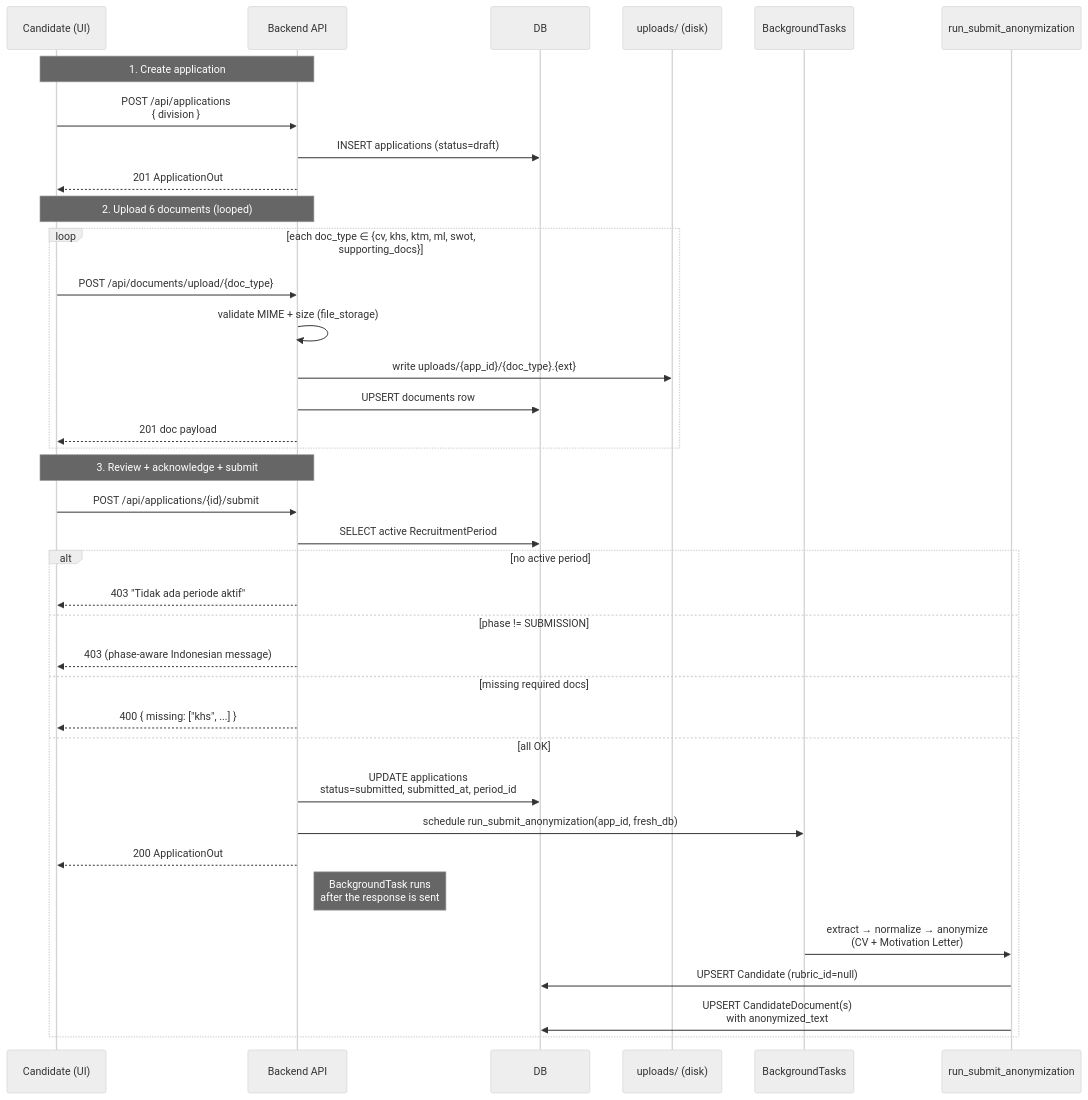
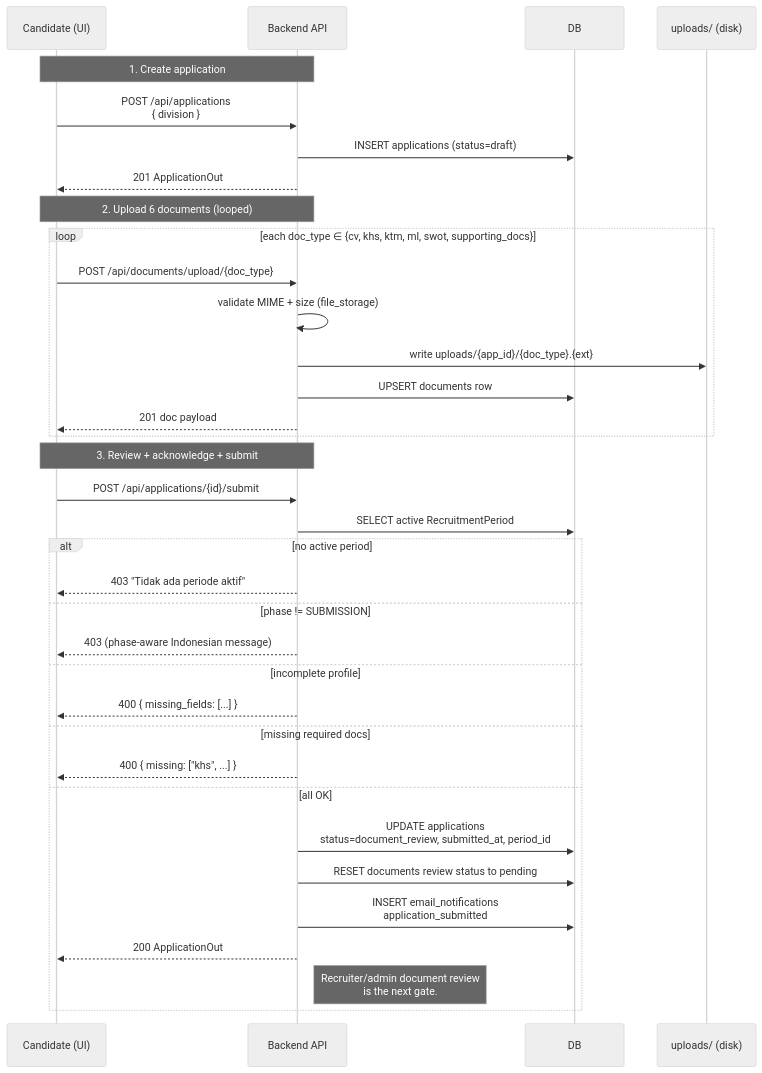
One commit to istgrudd/screenai-lab changed the sixth of 12 diagrams in docs/FLOW_DIAGRAMS.md. Above: the diagram before and after it, drawn with Mermaid (neutral theme). The commit also changed other lines of this file and 11 other files, not shown here.

````diff
--- a/docs/FLOW_DIAGRAMS.md
+++ b/docs/FLOW_DIAGRAMS.md
@@ -239,42 +239,40 @@
 ```mermaid
 sequenceDiagram
     participant C as Candidate (UI)
     participant API as Backend API
     participant DB as DB
     participant FS as uploads/ (disk)
-    participant BG as BackgroundTasks
-    participant NER as run_submit_anonymization
 
     Note over C,API: 1. Create application
     C->>API: POST /api/applications<br/>{ division }
     API->>DB: INSERT applications (status=draft)
     API-->>C: 201 ApplicationOut
 
     Note over C,API: 2. Upload 6 documents (looped)
     loop each doc_type ∈ {cv, khs, ktm, ml, swot, supporting_docs}
         C->>API: POST /api/documents/upload/{doc_type}
         API->>API: validate MIME + size (file_storage)
         API->>FS: write uploads/{app_id}/{doc_type}.{ext}
         API->>DB: UPSERT documents row
         API-->>C: 201 doc payload
     end
 
     Note over C,API: 3. Review + acknowledge + submit
     C->>API: POST /api/applications/{id}/submit
     API->>DB: SELECT active RecruitmentPeriod
     alt no active period
         API-->>C: 403 "Tidak ada periode aktif"
     else phase != SUBMISSION
         API-->>C: 403 (phase-aware Indonesian message)
+    else incomplete profile
+        API-->>C: 400 { missing_fields: [...] }
     else missing required docs
         API-->>C: 400 { missing: ["khs", ...] }
     else all OK
-        API->>DB: UPDATE applications<br/>status=submitted, submitted_at, period_id
-        API->>BG: schedule run_submit_anonymization(app_id, fresh_db)
+        API->>DB: UPDATE applications<br/>status=document_review, submitted_at, period_id
+        API->>DB: RESET documents review status to pending
+        API->>DB: INSERT email_notifications<br/>application_submitted
         API-->>C: 200 ApplicationOut
-        Note right of API: BackgroundTask runs<br/>after the response is sent
-        BG->>NER: extract → normalize → anonymize<br/>(CV + Motivation Letter)
-        NER->>DB: UPSERT Candidate (rubric_id=null)
-        NER->>DB: UPSERT CandidateDocument(s)<br/>with anonymized_text
+        Note right of API: Recruiter/admin document review<br/>is the next gate.
     end
 ```
````
